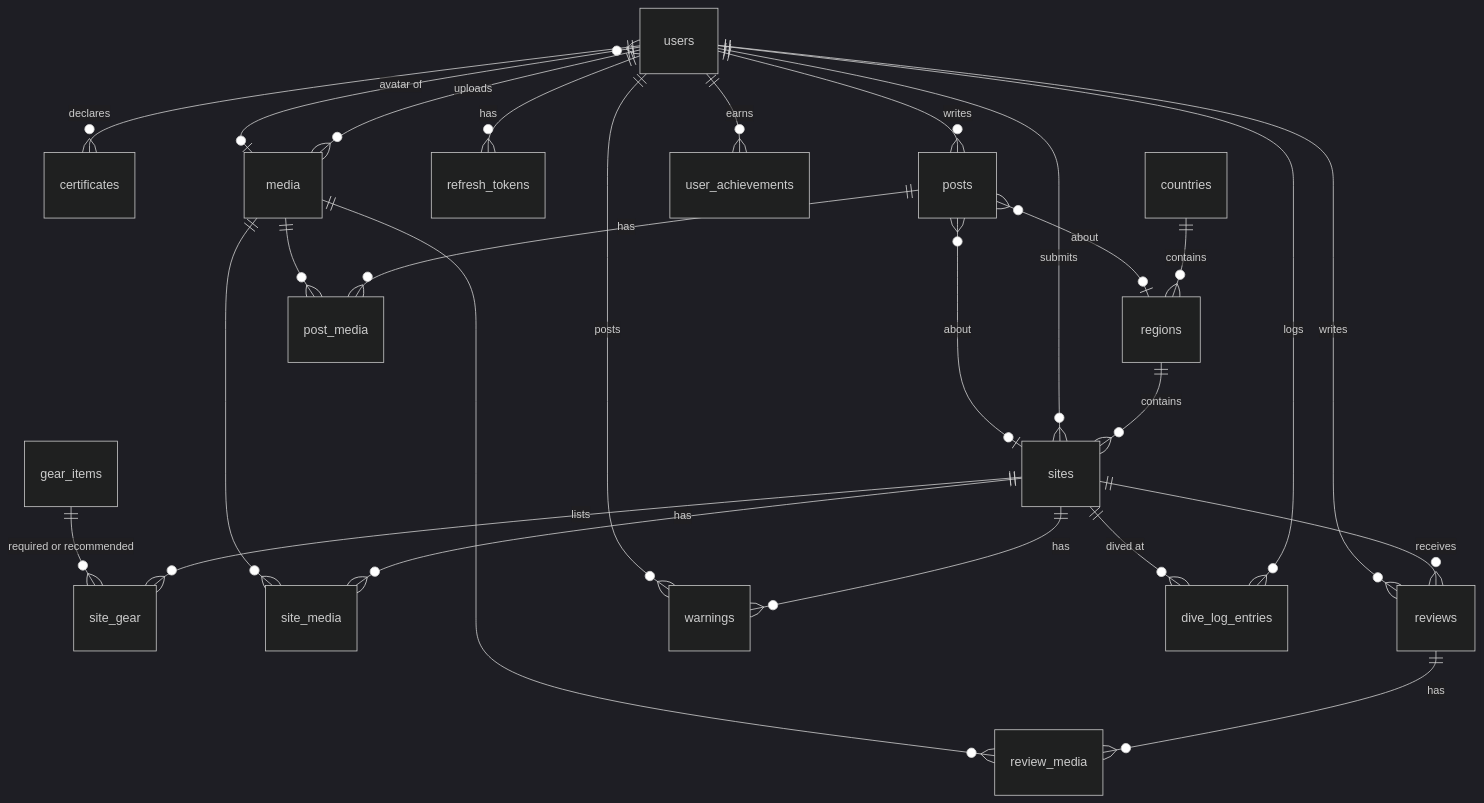
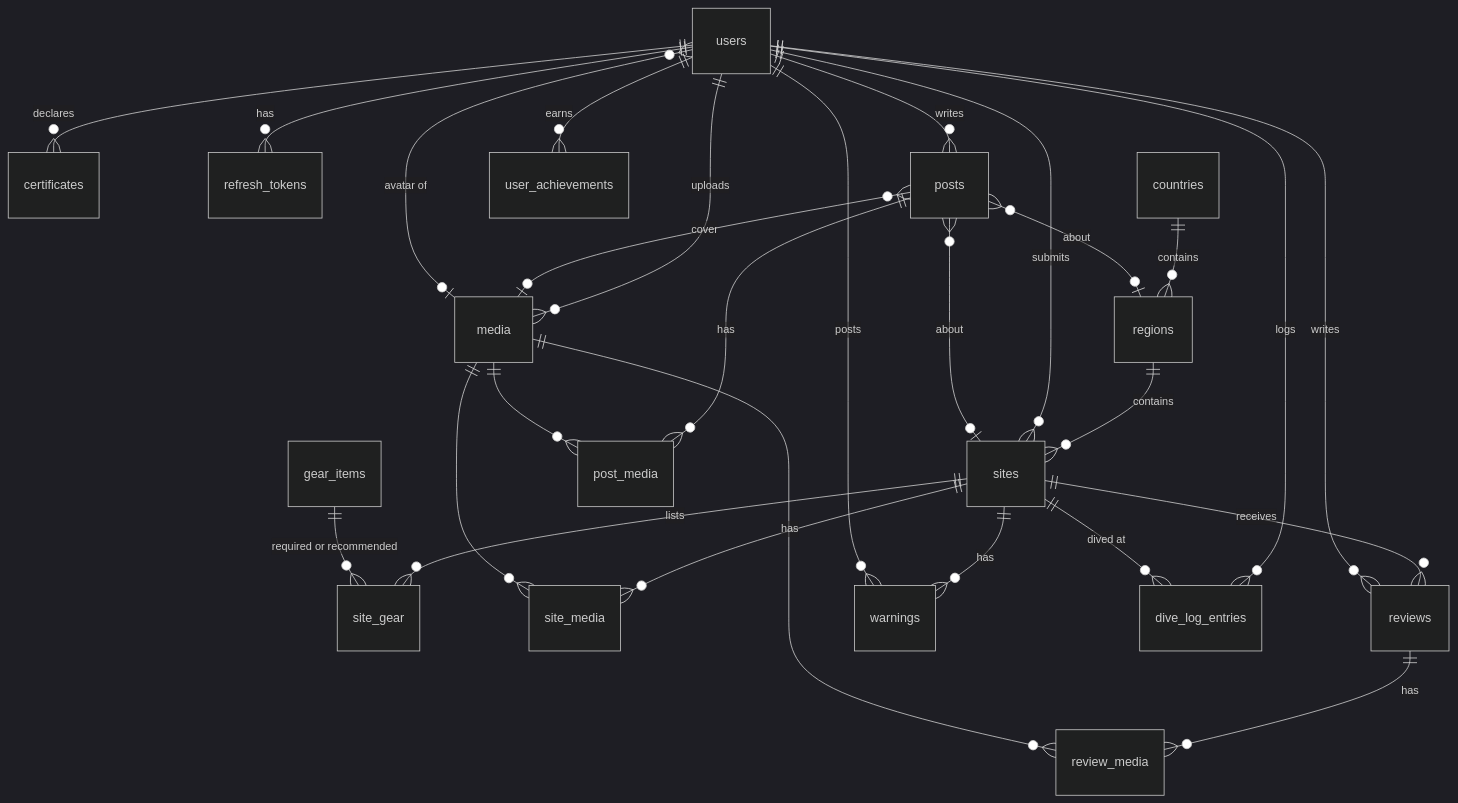
One commit to otipz19/naukma-divenet changed the second of 2 diagrams in docs/ARCHITECTURE.md. Above: the diagram before and after it, drawn with Mermaid (dark theme). The commit also changed other lines of this file and 42 other files, not shown here.

````diff
--- a/docs/ARCHITECTURE.md
+++ b/docs/ARCHITECTURE.md
@@ -132,28 +132,29 @@
 ```mermaid
 erDiagram
   users ||--o{ certificates : declares
   media |o--o{ users : "avatar of"
   users ||--o{ refresh_tokens : has
   countries ||--o{ regions : contains
   regions ||--o{ sites : contains
   sites ||--o{ site_gear : lists
   gear_items ||--o{ site_gear : "required or recommended"
   users ||--o{ sites : submits
   users ||--o{ media : uploads
   sites ||--o{ site_media : has
   sites ||--o{ reviews : receives
   users ||--o{ reviews : writes
   reviews ||--o{ review_media : has
   sites ||--o{ warnings : has
   users ||--o{ warnings : posts
   users ||--o{ dive_log_entries : logs
   sites ||--o{ dive_log_entries : "dived at"
   users ||--o{ user_achievements : earns
   users ||--o{ posts : writes
   posts }o--o| sites : "about"
   posts }o--o| regions : "about"
   posts ||--o{ post_media : has
+  posts }o--o| media : cover
   media ||--o{ site_media : ""
   media ||--o{ review_media : ""
   media ||--o{ post_media : ""
 ```
````
